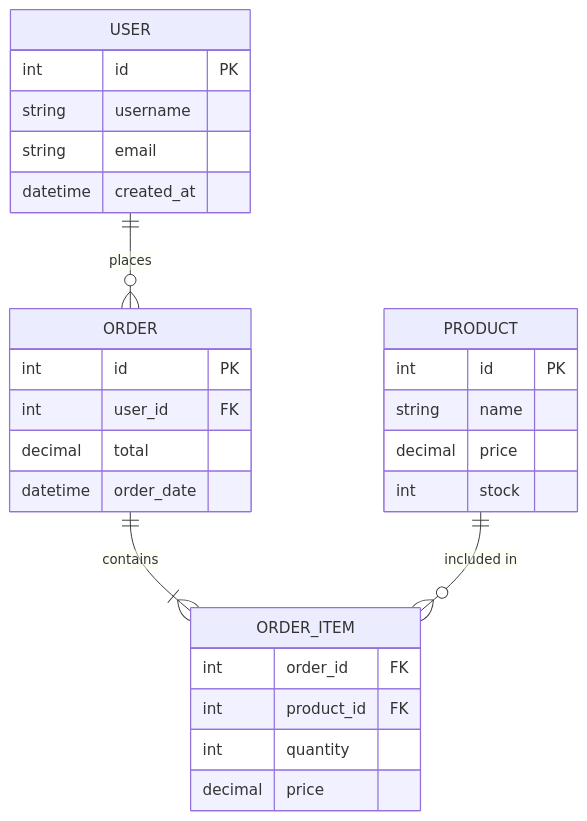
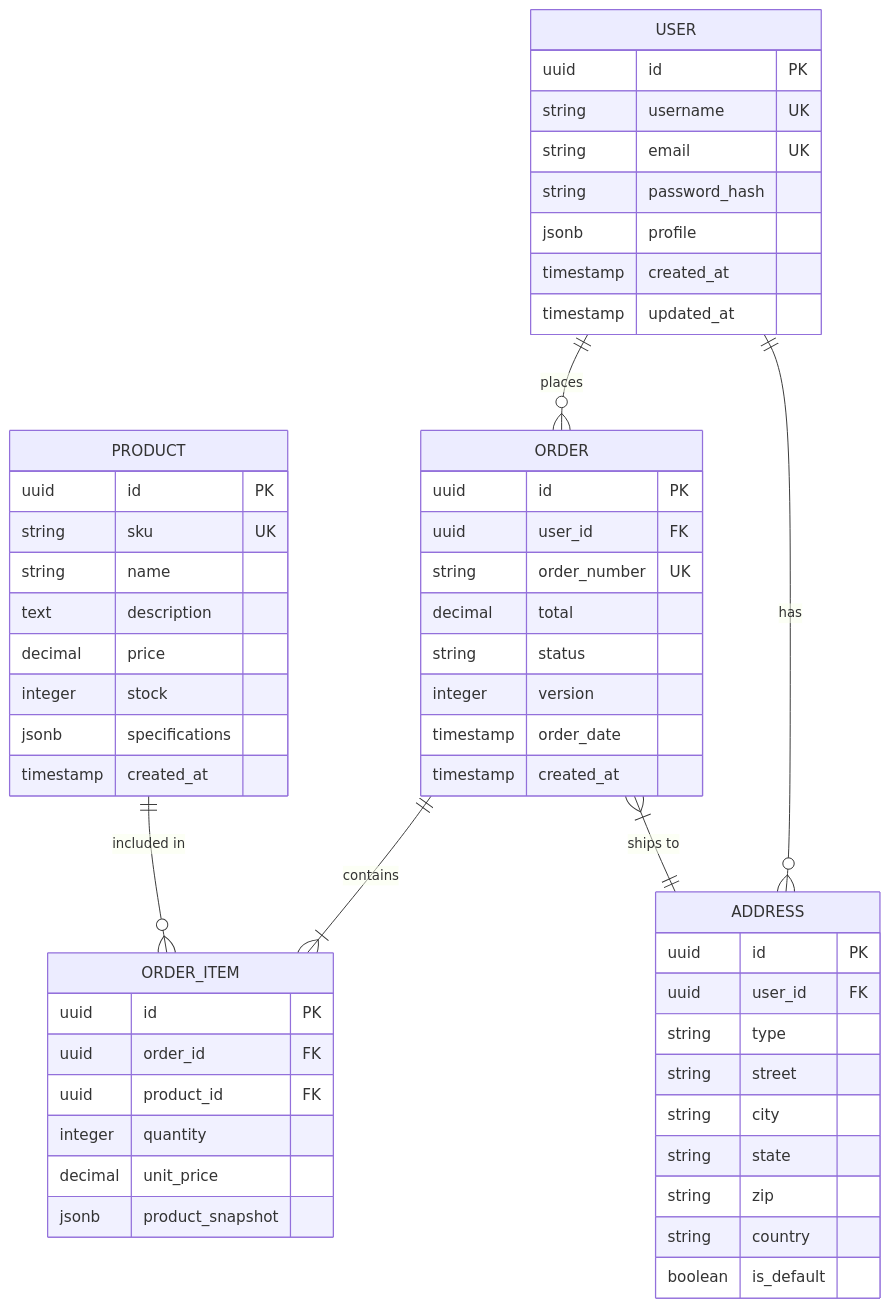
Diagram 16 of 24 in Design/07-数据库设计实践/07.01-Schema设计方法论.md (AdaMartin18010/Data-Science), drawn with Mermaid before and after one commit. The commit also changed other lines of this file and 55 other files, not shown here.

````diff
--- a/Design/07-数据库设计实践/07.01-Schema设计方法论.md
+++ b/Design/07-数据库设计实践/07.01-Schema设计方法论.md
@@ -280,34 +1004,61 @@
 ```mermaid
 erDiagram
     USER ||--o{ ORDER : places
     ORDER ||--|{ ORDER_ITEM : contains
     PRODUCT ||--o{ ORDER_ITEM : "included in"
+    USER ||--o{ ADDRESS : has
+    ORDER }|--|| ADDRESS : "ships to"
 
     USER {
-        int id PK
-        string username
-        string email
-        datetime created_at
+        uuid id PK
+        string username UK
+        string email UK
+        string password_hash
+        jsonb profile
+        timestamp created_at
+        timestamp updated_at
     }
 
     ORDER {
-        int id PK
-        int user_id FK
+        uuid id PK
+        uuid user_id FK
+        string order_number UK
         decimal total
-        datetime order_date
+        string status
+        integer version
+        timestamp order_date
+        timestamp created_at
     }
 
     PRODUCT {
-        int id PK
+        uuid id PK
+        string sku UK
         string name
+        text description
         decimal price
-        int stock
+        integer stock
+        jsonb specifications
+        timestamp created_at
     }
 
     ORDER_ITEM {
-        int order_id FK
-        int product_id FK
-        int quantity
-        decimal price
+        uuid id PK
+        uuid order_id FK
+        uuid product_id FK
+        integer quantity
+        decimal unit_price
+        jsonb product_snapshot
+    }
+
+    ADDRESS {
+        uuid id PK
+        uuid user_id FK
+        string type
+        string street
+        string city
+        string state
+        string zip
+        string country
+        boolean is_default
     }
 ```
````
